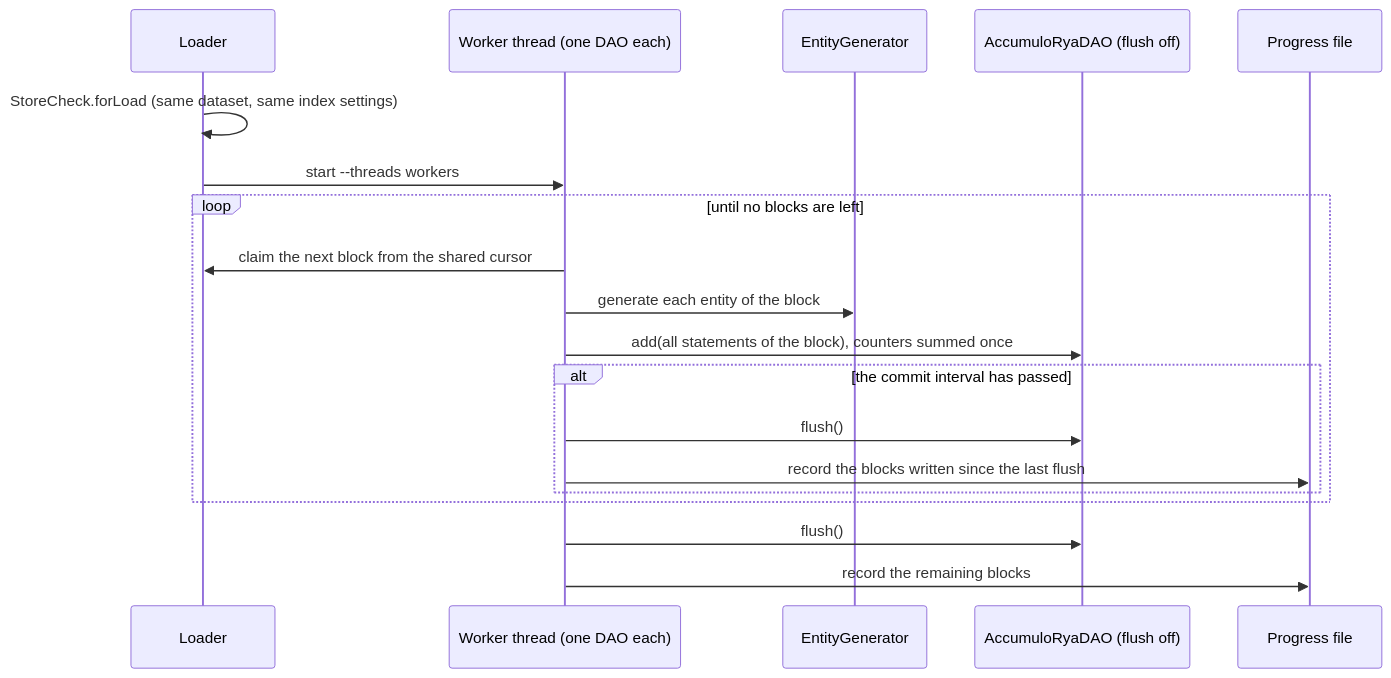
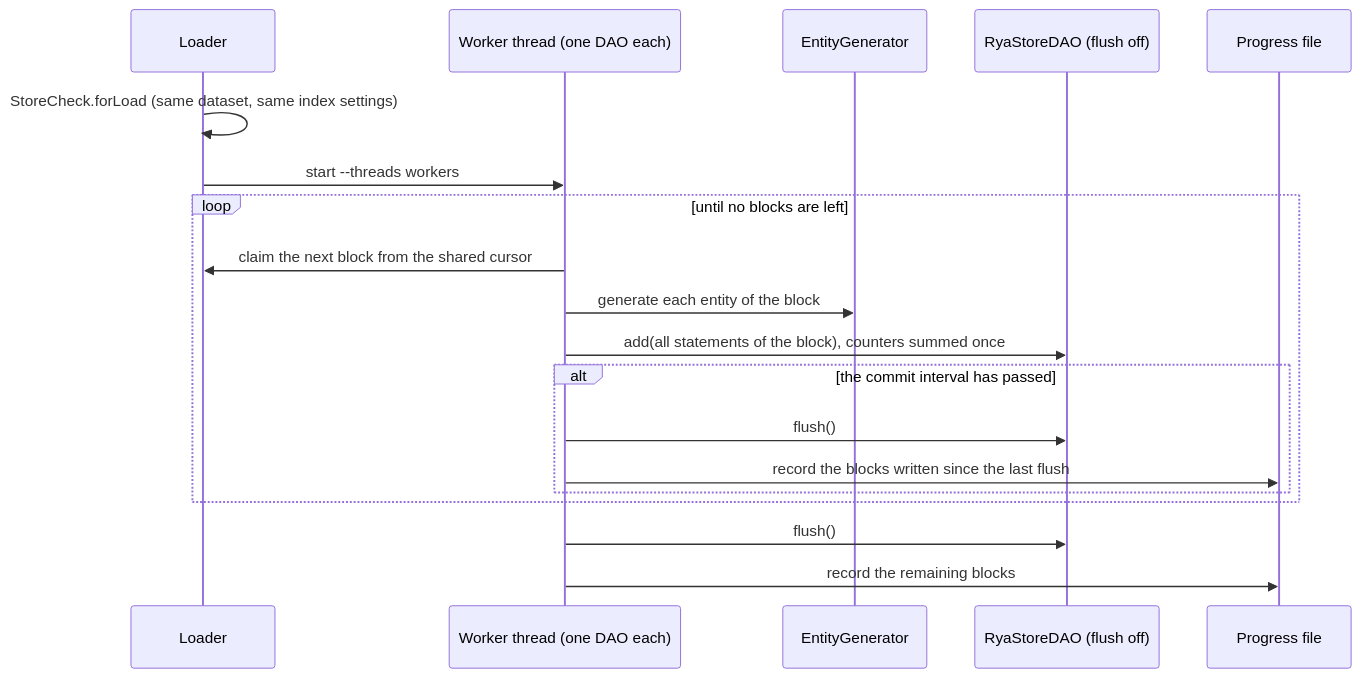
Before and after one commit to dgreco/rya-ng: diagram 21 of 21 in ARCH.md, drawn with Mermaid. The commit also changed other lines of this file and 28 other files, not shown here.

````diff
--- a/ARCH.md
+++ b/ARCH.md
@@ -1472,21 +1480,21 @@
 ```mermaid
 sequenceDiagram
     participant M as Loader
     participant Wk as Worker thread (one DAO each)
     participant G as EntityGenerator
-    participant D as AccumuloRyaDAO (flush off)
+    participant D as RyaStoreDAO (flush off)
     participant P as Progress file
     M->>M: StoreCheck.forLoad (same dataset, same index settings)
     M->>Wk: start --threads workers
     loop until no blocks are left
         Wk->>M: claim the next block from the shared cursor
         Wk->>G: generate each entity of the block
         Wk->>D: add(all statements of the block), counters summed once
         alt the commit interval has passed
             Wk->>D: flush()
             Wk->>P: record the blocks written since the last flush
         end
     end
     Wk->>D: flush()
     Wk->>P: record the remaining blocks
 ```
````
